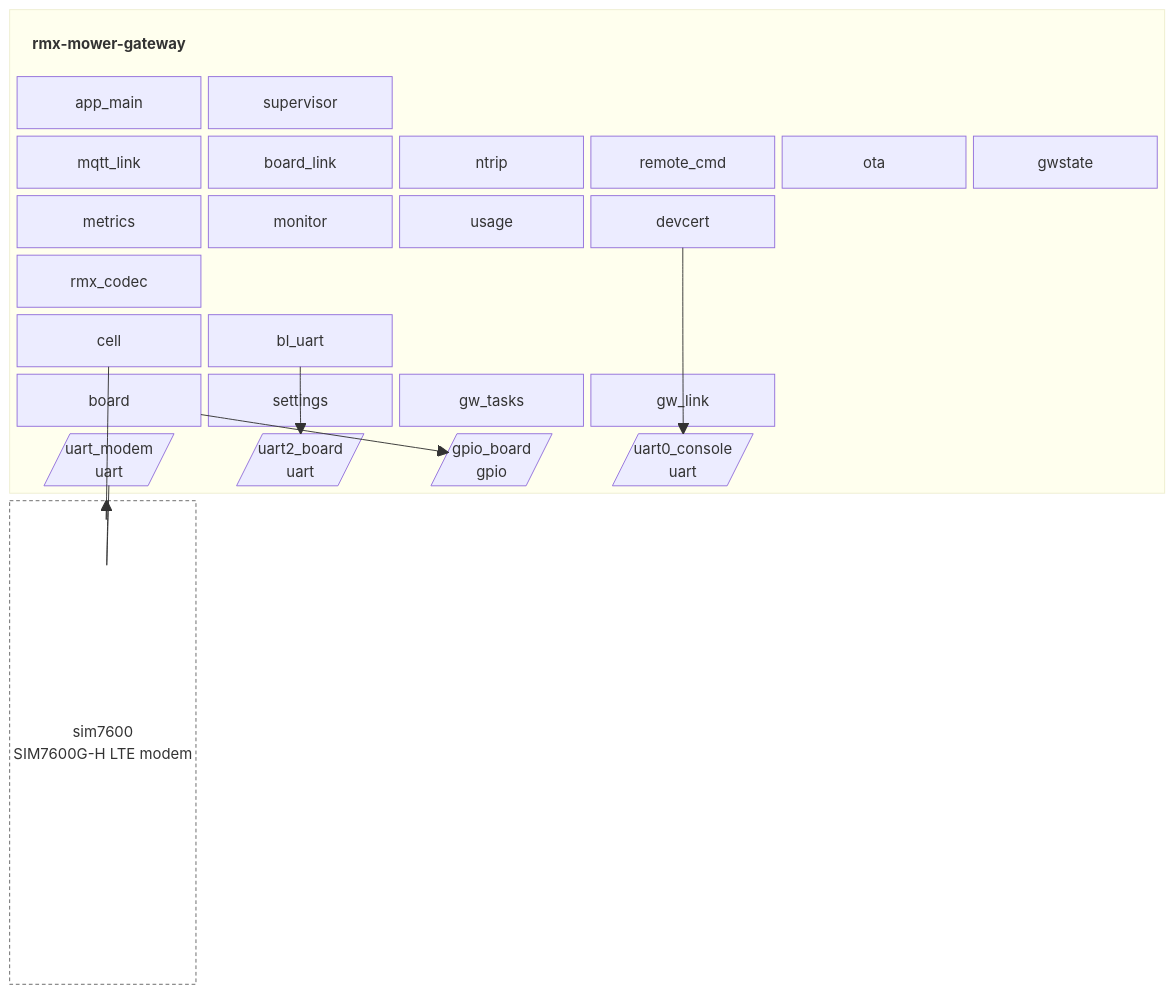
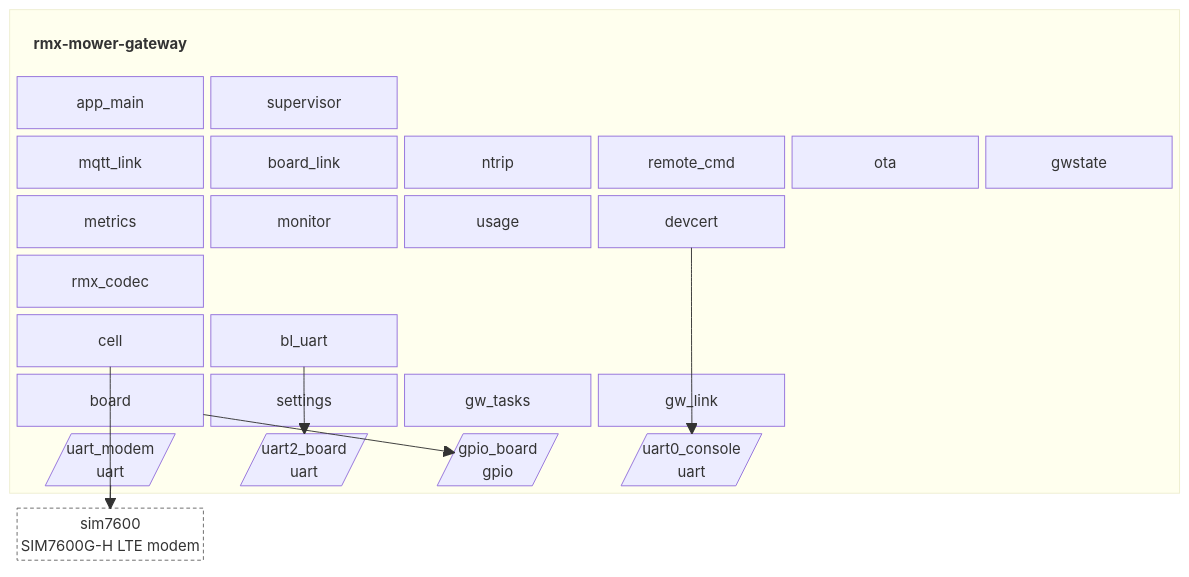
Before and after one commit to jRmx0/esp-architecture: the second of 4 diagrams in examples/gateway/diagrams.md, drawn with Mermaid. The commit also changed 1 other file, not shown here.

Commit message:
Put devices in their own row block so they keep their size

````diff
--- a/examples/gateway/diagrams.md
+++ b/examples/gateway/diagrams.md
@@ -27,65 +27,69 @@
 ```mermaid
 block-beta
-  columns 6
-  block:chip:6
+  columns 1
+  block:chip
     columns 6
     chip_title["<b>rmx-mower-gateway</b>"]:6
     n_app_main["app_main"]
     n_supervisor["supervisor"]
     space
     space
     space
     space
     n_mqtt_link["mqtt_link"]
     n_board_link["board_link"]
     n_ntrip["ntrip"]
     n_remote_cmd["remote_cmd"]
     n_ota["ota"]
     n_gwstate["gwstate"]
     n_metrics["metrics"]
     n_monitor["monitor"]
     n_usage["usage"]
     n_devcert["devcert"]
     space
     space
     n_rmx_codec["rmx_codec"]
     space
     space
     space
     space
     space
     n_cell["cell"]
     n_bl_uart["bl_uart"]
     space
     space
     space
     space
     n_board["board"]
     n_settings["settings"]
     n_gw_tasks["gw_tasks"]
     n_gw_link["gw_link"]
     space
     space
     n_uart_modem[/"uart_modem<br/>uart"/]
     n_uart2_board[/"uart2_board<br/>uart"/]
     n_gpio_board[/"gpio_board<br/>gpio"/]
     n_uart0_console[/"uart0_console<br/>uart"/]
     space
     space
   end
-  n_sim7600["sim7600<br/>SIM7600G-H LTE modem"]
-  space
-  space
-  space
-  space
-  space
+  block:outside
+    columns 6
+    n_sim7600["sim7600<br/>SIM7600G-H LTE modem"]
+    space
+    space
+    space
+    space
+    space
+  end
+  style outside fill:none,stroke:none
   n_devcert --> n_uart0_console
   n_cell --> n_sim7600
   n_bl_uart --> n_uart2_board
   n_board --> n_gpio_board
   n_uart_modem --- n_sim7600
   classDef title fill:none,stroke:none
   classDef device fill:#fff,stroke:#666,stroke-dasharray:4 3
   class chip_title title
   class n_sim7600 device
 ```
````
